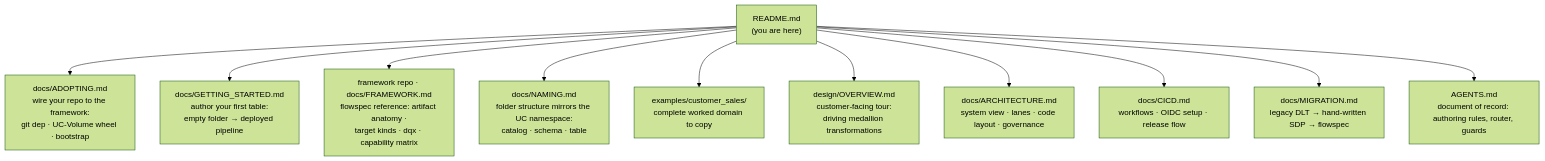
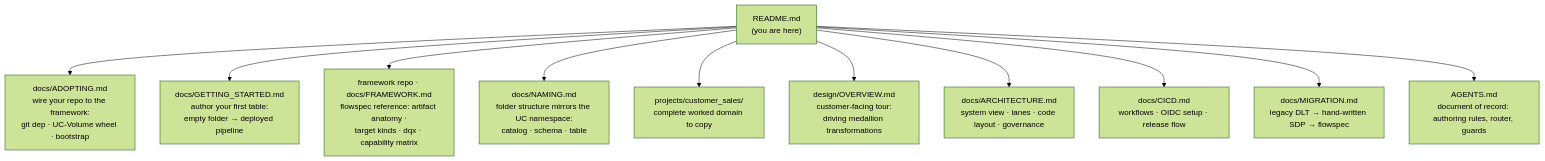
One commit to Vegash09/Demo_Lab changed the second of 3 diagrams in README.md. Above: the diagram before and after it, drawn with Mermaid (forest theme). The commit also changed other lines of this file and 68 other files, not shown here.

First line of the commit message:
refactor: rename examples/ -> projects/ (reference domains)

````diff
--- a/README.md
+++ b/README.md
@@ -69,13 +69,13 @@
 ```mermaid
 flowchart TD
     README["README.md<br/>(you are here)"] --> ADOPT["docs/ADOPTING.md<br/>wire your repo to the framework:<br/>git dep · UC-Volume wheel · bootstrap"]
     README --> GS["docs/GETTING_STARTED.md<br/>author your first table:<br/>empty folder → deployed pipeline"]
     README --> FWK["framework repo · docs/FRAMEWORK.md<br/>flowspec reference: artifact anatomy ·<br/>target kinds · dqx · capability matrix"]
     README --> NAM["docs/NAMING.md<br/>folder structure mirrors the UC namespace:<br/>catalog · schema · table"]
-    README --> EX["examples/customer_sales/<br/>complete worked domain to copy"]
+    README --> EX["projects/customer_sales/<br/>complete worked domain to copy"]
     README --> OVR["design/OVERVIEW.md<br/>customer-facing tour:<br/>driving medallion transformations"]
     README --> ARCH["docs/ARCHITECTURE.md<br/>system view · lanes · code layout · governance"]
     README --> CICD["docs/CICD.md<br/>workflows · OIDC setup · release flow"]
     README --> MIG["docs/MIGRATION.md<br/>legacy DLT → hand-written SDP → flowspec"]
     README --> AGENTS["AGENTS.md<br/>document of record: authoring rules, router, guards"]
 ```
````
